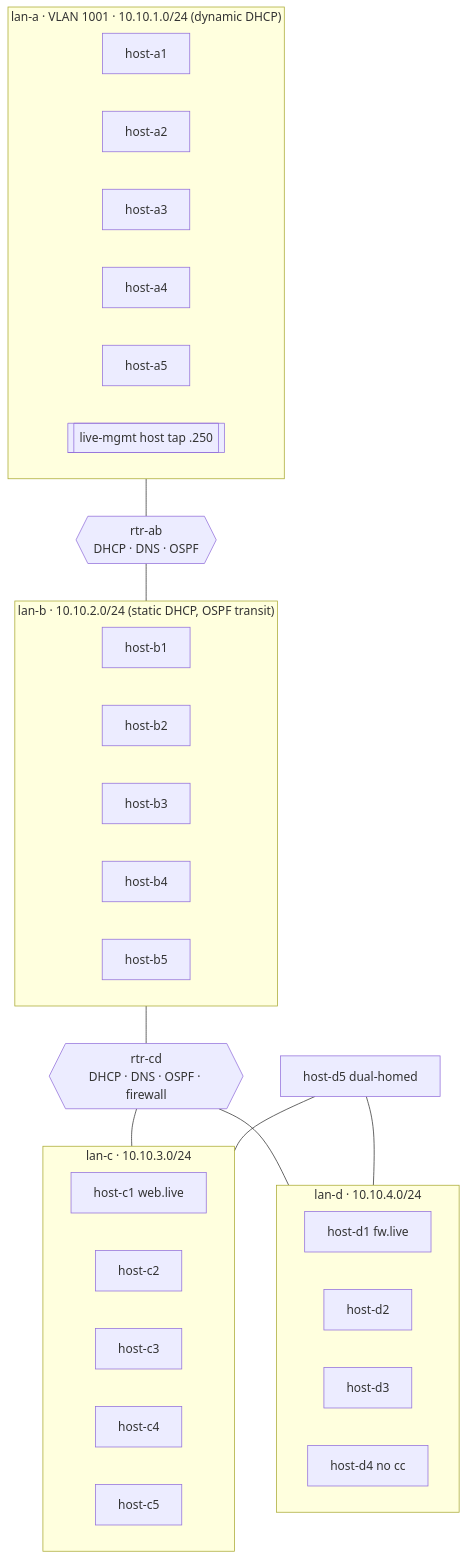
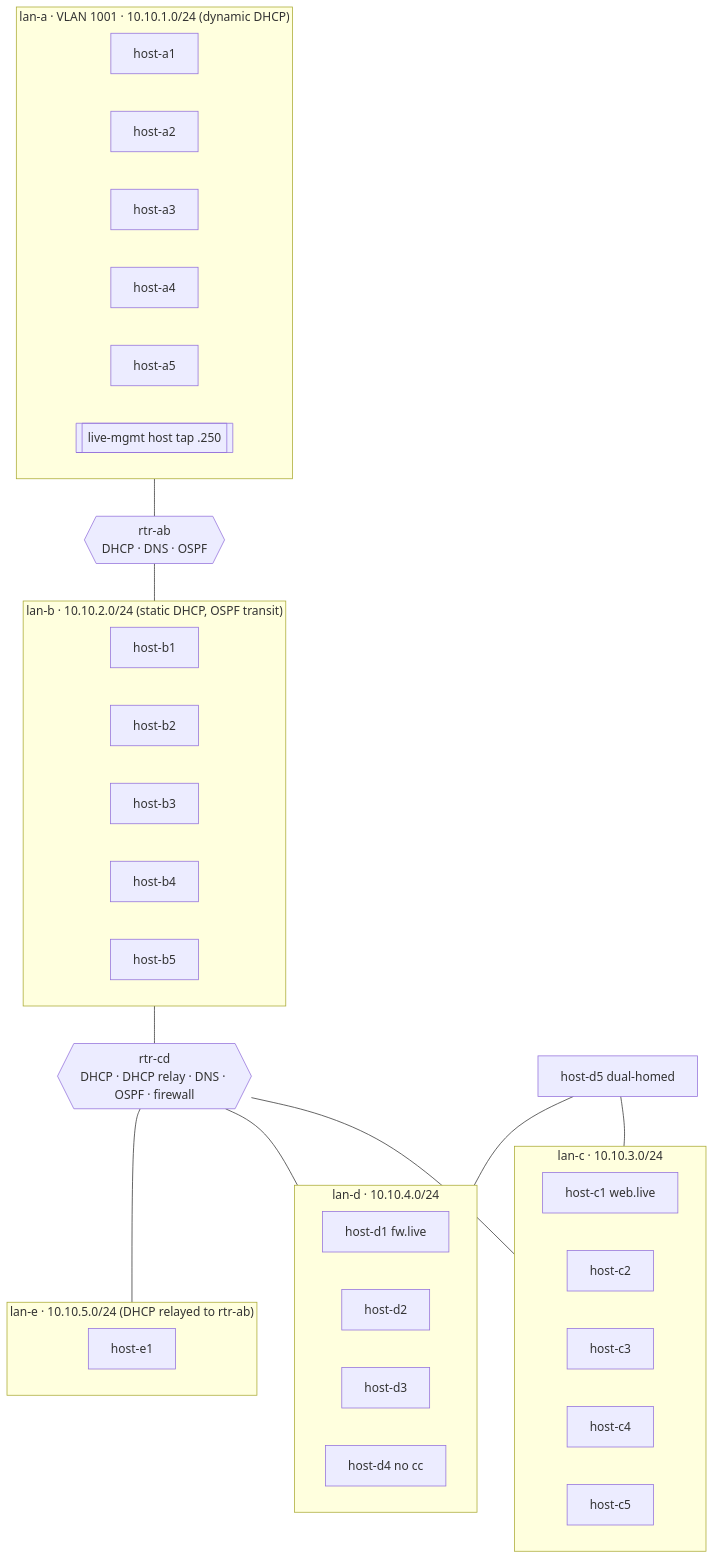
Before and after one commit to GhostofGoes/minimega: the second of 2 diagrams in tests/live/README.md, drawn with Mermaid. The commit also changed other lines of this file and 10 other files, not shown here.

First line of the commit message:
feat(minirouter): support DHCP relay

````diff
--- a/tests/live/README.md
+++ b/tests/live/README.md
@@ -68,39 +68,43 @@
 ```mermaid
 flowchart TB
   subgraph A["lan-a · VLAN 1001 · 10.10.1.0/24 (dynamic DHCP)"]
     a1[host-a1]
     a2[host-a2]
     a3[host-a3]
     a4[host-a4]
     a5[host-a5]
     tap[["live-mgmt host tap .250"]]
   end
   subgraph B["lan-b · 10.10.2.0/24 (static DHCP, OSPF transit)"]
     b1[host-b1]
     b2[host-b2]
     b3[host-b3]
     b4[host-b4]
     b5[host-b5]
   end
   subgraph C["lan-c · 10.10.3.0/24"]
     c1[host-c1 web.live]
     c2[host-c2]
     c3[host-c3]
     c4[host-c4]
     c5[host-c5]
   end
   subgraph D["lan-d · 10.10.4.0/24"]
     d1[host-d1 fw.live]
     d2[host-d2]
     d3[host-d3]
     d4[host-d4 no cc]
   end
+  subgraph E["lan-e · 10.10.5.0/24 (DHCP relayed to rtr-ab)"]
+    e1[host-e1]
+  end
   rab{{"rtr-ab<br/>DHCP · DNS · OSPF"}}
-  rcd{{"rtr-cd<br/>DHCP · DNS · OSPF · firewall"}}
+  rcd{{"rtr-cd<br/>DHCP · DHCP relay · DNS · OSPF · firewall"}}
   d5[host-d5 dual-homed]
   A --- rab --- B --- rcd
   rcd --- C
   rcd --- D
+  rcd --- E
   d5 --- C
   d5 --- D
 ```
````
